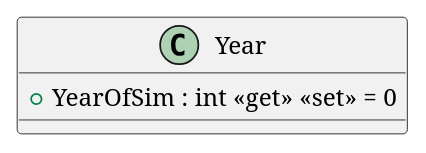
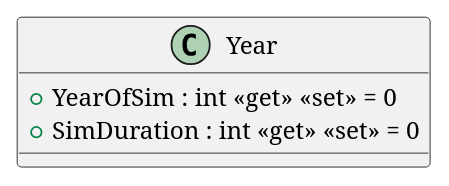
Before and after one commit to kollibroman/ColonySimulator: the diagram in UmlSchemas/ProjectSchema/Helpers/Year.puml, drawn with PlantUML. The commit also changed 91 other files, not shown here.

```diff
--- a/UmlSchemas/ProjectSchema/Helpers/Year.puml
+++ b/UmlSchemas/ProjectSchema/Helpers/Year.puml
@@ -1,5 +1,6 @@
 @startuml
 class Year {
     + YearOfSim : int <<get>> <<set>> = 0
+    + SimDuration : int <<get>> <<set>> = 0
 }
 @enduml
```
